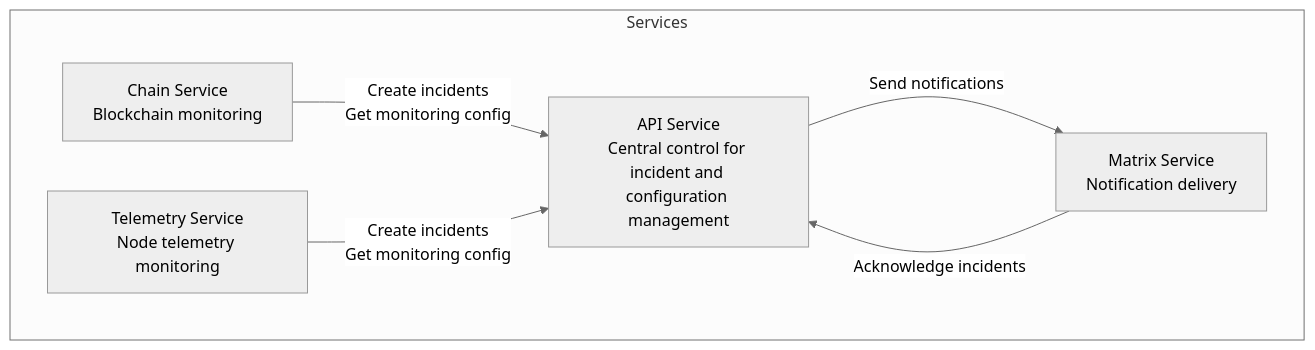
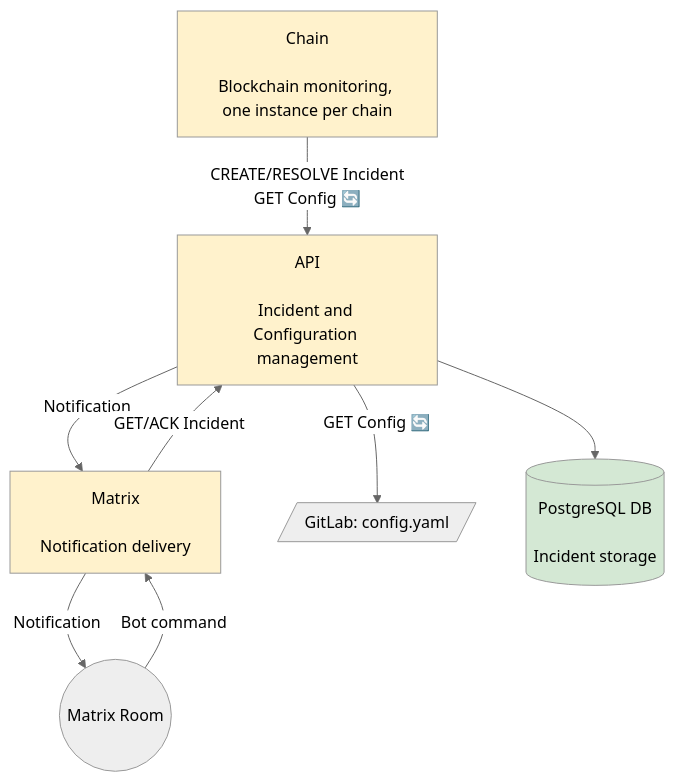
One commit to w3f/polguard changed the diagram in README.md. Above: the diagram before and after it, drawn with Mermaid (neutral theme). The commit also changed 73 other files, not shown here.

Commit message:
Single helm chart, matrix token auth (#114)

````diff
--- a/README.md
+++ b/README.md
@@ -13,14 +13,20 @@
 ```mermaid
 graph TD
-    subgraph "Services"
-        API[API Service<br>Central control for incident and configuration management]
-        Chain[Chain Service<br>Blockchain monitoring]
-        Telemetry[Telemetry Service<br>Node telemetry monitoring]
-        Matrix[Matrix Service<br>Notification delivery]
-    end
+    API[API<br><br>Incident and Configuration management]:::service
+    Chain[Chain<br><br>Blockchain monitoring, one instance per chain]:::service
+    Matrix[Matrix<br><br>Notification delivery]:::service
+    Room((Matrix Room))
+    GitLab[/GitLab: config.yaml/]
+    Postgres[(PostgreSQL DB<br><br>Incident storage)]:::database
 
-    Chain -- "Create incidents<br>Get monitoring config" --> API
-    Telemetry -- "Create incidents<br>Get monitoring config" --> API
-    API -- "Send notifications" --> Matrix
-    Matrix -- "Acknowledge incidents" --> API
+    Chain -- "CREATE/RESOLVE Incident<br>GET Config 🔄" --> API
+    API -- "Notification" --> Matrix
+    Matrix -- "GET/ACK Incident" --> API
+    Matrix -- "Notification" --> Room
+    Room -- "Bot command" --> Matrix
+    API -- "GET Config 🔄" --> GitLab
+    API --> Postgres
+    
+    classDef service fill:#FFF2CC
+    classDef database fill:#D4E8D4
 ```
````
